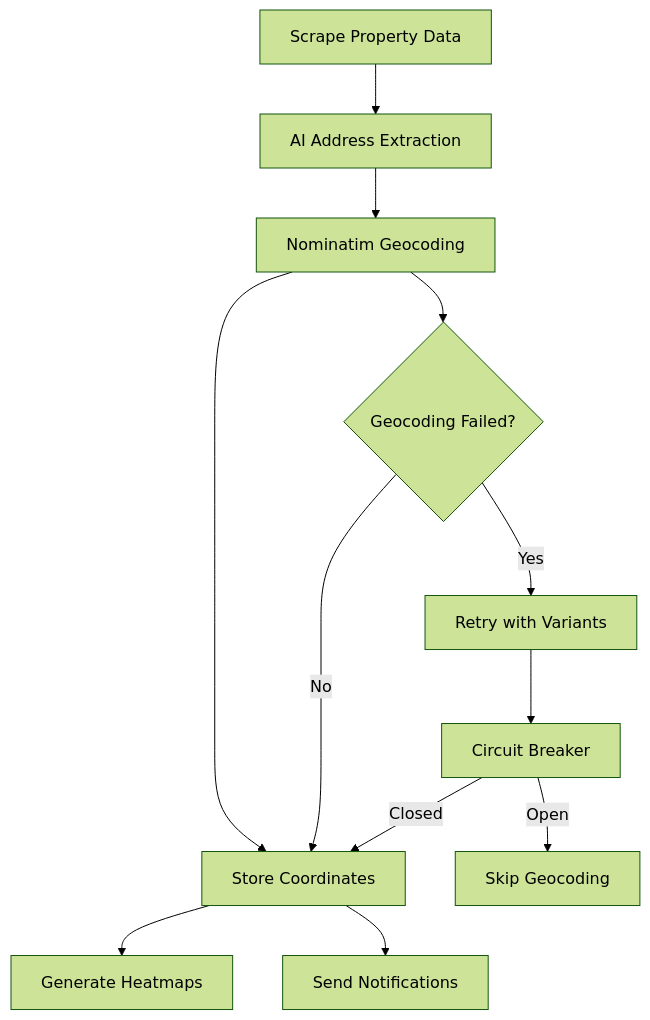
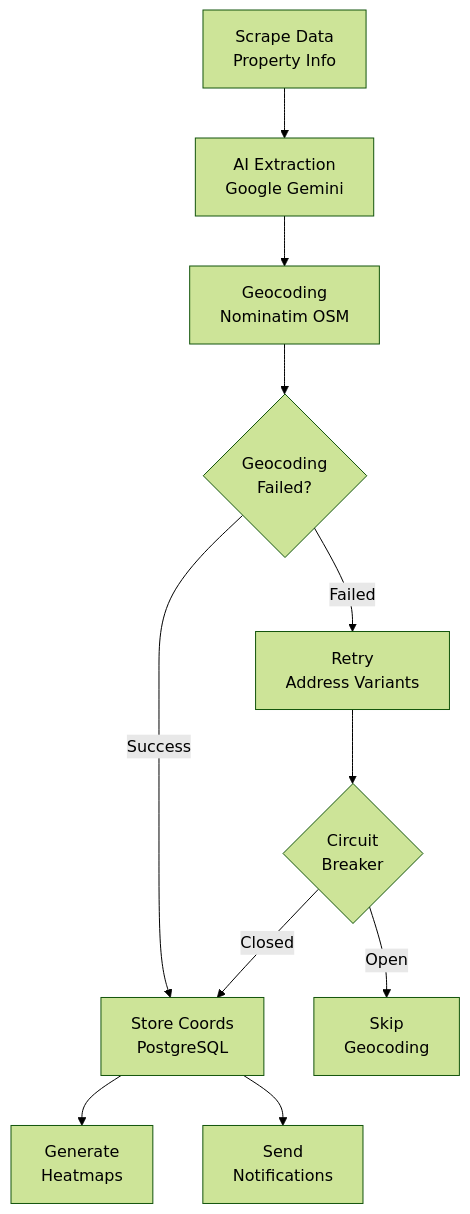
The eighth of 8 diagrams in README.md (Mieszkaniownik/mieszkaniownik), drawn with Mermaid (forest theme) before and after one commit. The commit also changed other lines of this file and 2 other files, not shown here.

````diff
--- a/README.md
+++ b/README.md
@@ -414,15 +486,27 @@
 ```mermaid
 flowchart TD
-    SCRAPE[Scrape Property Data] --> EXTRACT[AI Address Extraction]
-    EXTRACT --> GEOCODE[Nominatim Geocoding]
-    GEOCODE --> STORE[Store Coordinates]
-    STORE --> HEATMAP[Generate Heatmaps]
-    STORE --> NOTIFY[Send Notifications]
+    SCRAPE[Scrape Data<br/>Property Info]
+    EXTRACT[AI Extraction<br/>Google Gemini]
+    GEOCODE[Geocoding<br/>Nominatim OSM]
+    STORE[Store Coords<br/>PostgreSQL]
+    HEATMAP[Generate<br/>Heatmaps]
+    NOTIFY[Send<br/>Notifications]
 
-    GEOCODE --> FALLBACK{Geocoding Failed?}
-    FALLBACK -->|Yes| RETRY[Retry with Variants]
-    FALLBACK -->|No| STORE
-    RETRY --> CIRCUIT[Circuit Breaker]
-    CIRCUIT -->|Open| SKIP[Skip Geocoding]
+    FALLBACK{Geocoding<br/>Failed?}
+    RETRY[Retry<br/>Address Variants]
+    CIRCUIT{Circuit<br/>Breaker}
+    SKIP[Skip<br/>Geocoding]
+
+    SCRAPE --> EXTRACT
+    EXTRACT --> GEOCODE
+    GEOCODE --> FALLBACK
+
+    FALLBACK -->|Success| STORE
+    FALLBACK -->|Failed| RETRY
+
+    RETRY --> CIRCUIT
+    CIRCUIT -->|Open| SKIP
     CIRCUIT -->|Closed| STORE
+
+    STORE --> HEATMAP & NOTIFY
 ```
````
